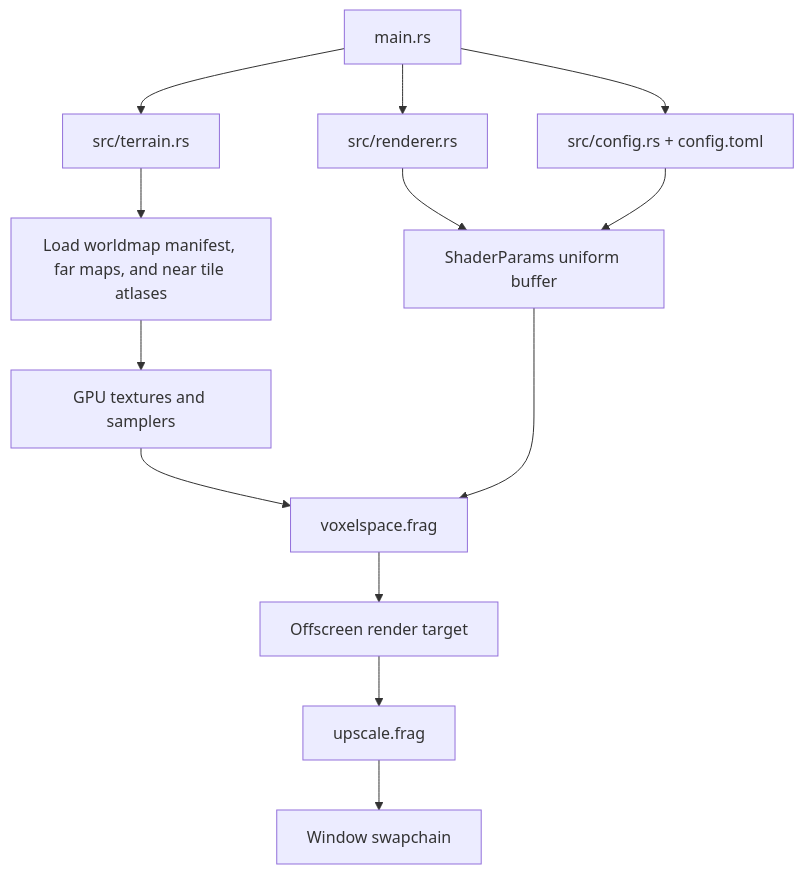
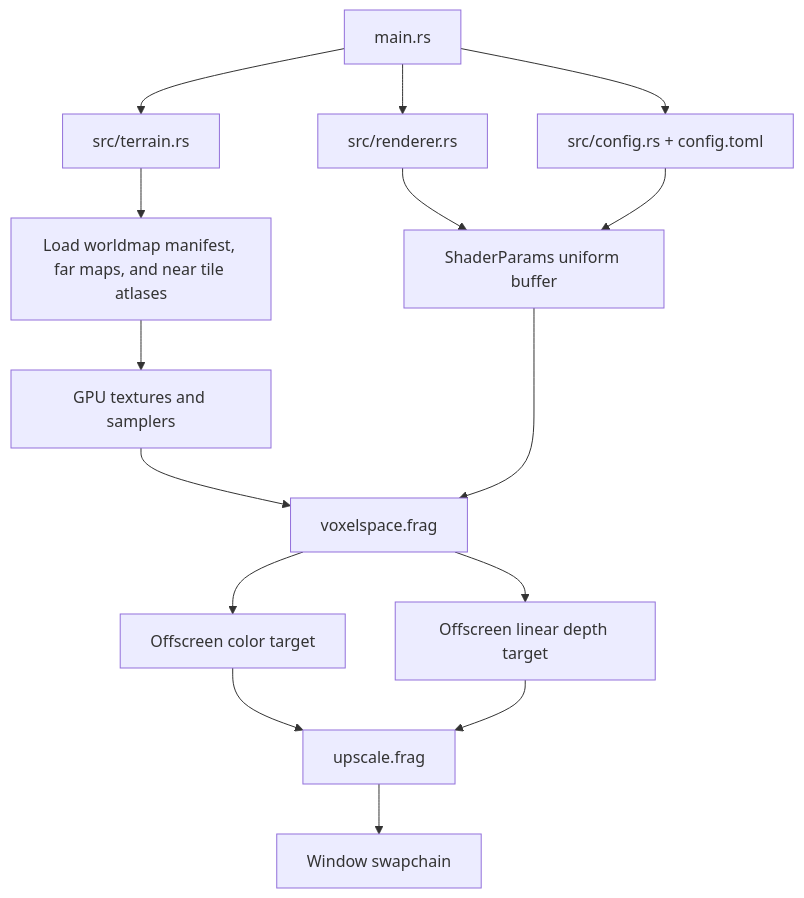
One commit to lfdwm/tungsten changed the diagram in docs/terrain-renderer.md. Above: the diagram before and after it, drawn with Mermaid. The commit also changed other lines of this file and 5 other files, not shown here.

````diff
--- a/docs/terrain-renderer.md
+++ b/docs/terrain-renderer.md
@@ -16,15 +16,17 @@
 ```mermaid
 flowchart TD
     CPU[main.rs] --> Renderer[src/renderer.rs]
     CPU --> Terrain[src/terrain.rs]
     Terrain --> LoadMaps[Load worldmap manifest, far maps, and near tile atlases]
     LoadMaps --> GPUTextures[GPU textures and samplers]
     CPU --> Config[src/config.rs + config.toml]
     Renderer --> Uniforms[ShaderParams uniform buffer]
     Config --> Uniforms
     GPUTextures --> TerrainShader[voxelspace.frag]
     Uniforms --> TerrainShader
-    TerrainShader --> LowResTarget[Offscreen render target]
-    LowResTarget --> Upscale[upscale.frag]
+    TerrainShader --> LowResColor[Offscreen color target]
+    TerrainShader --> LowResDepth[Offscreen linear depth target]
+    LowResColor --> Upscale[upscale.frag]
+    LowResDepth --> Upscale
     Upscale --> Swapchain[Window swapchain]
 ```
````
